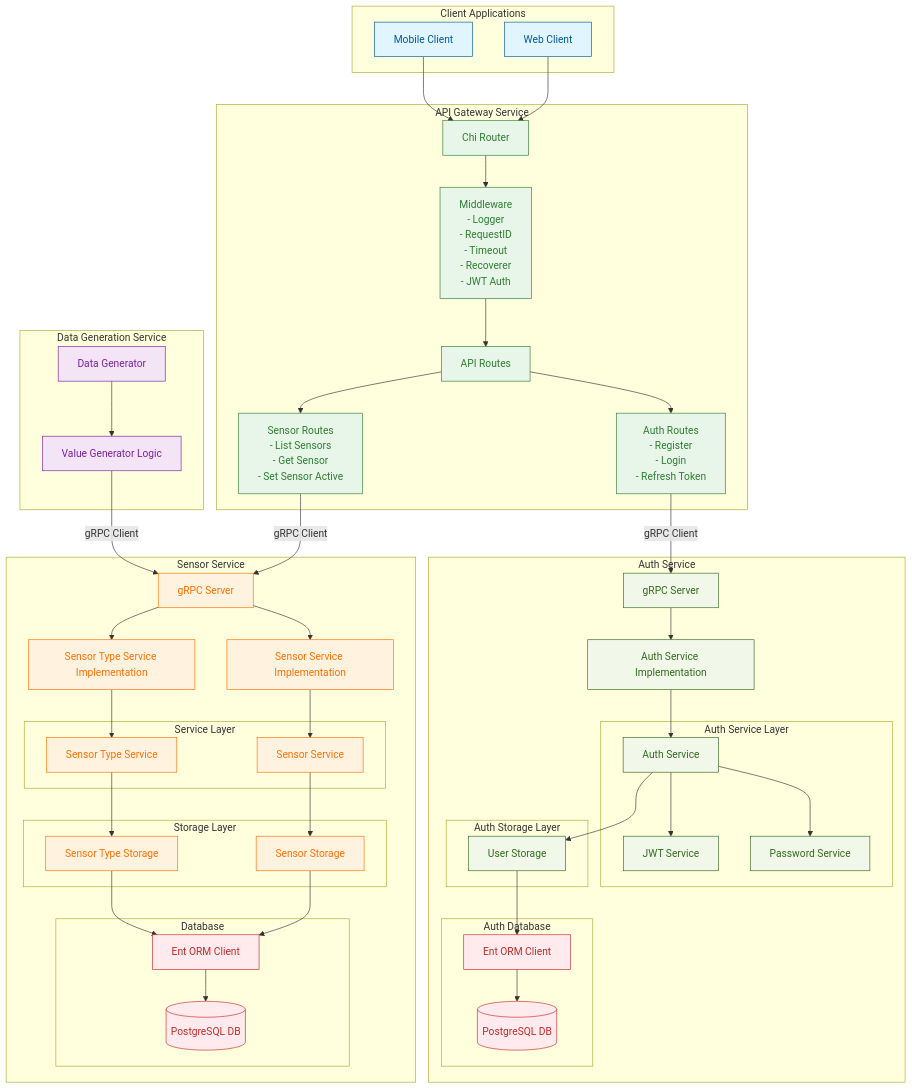
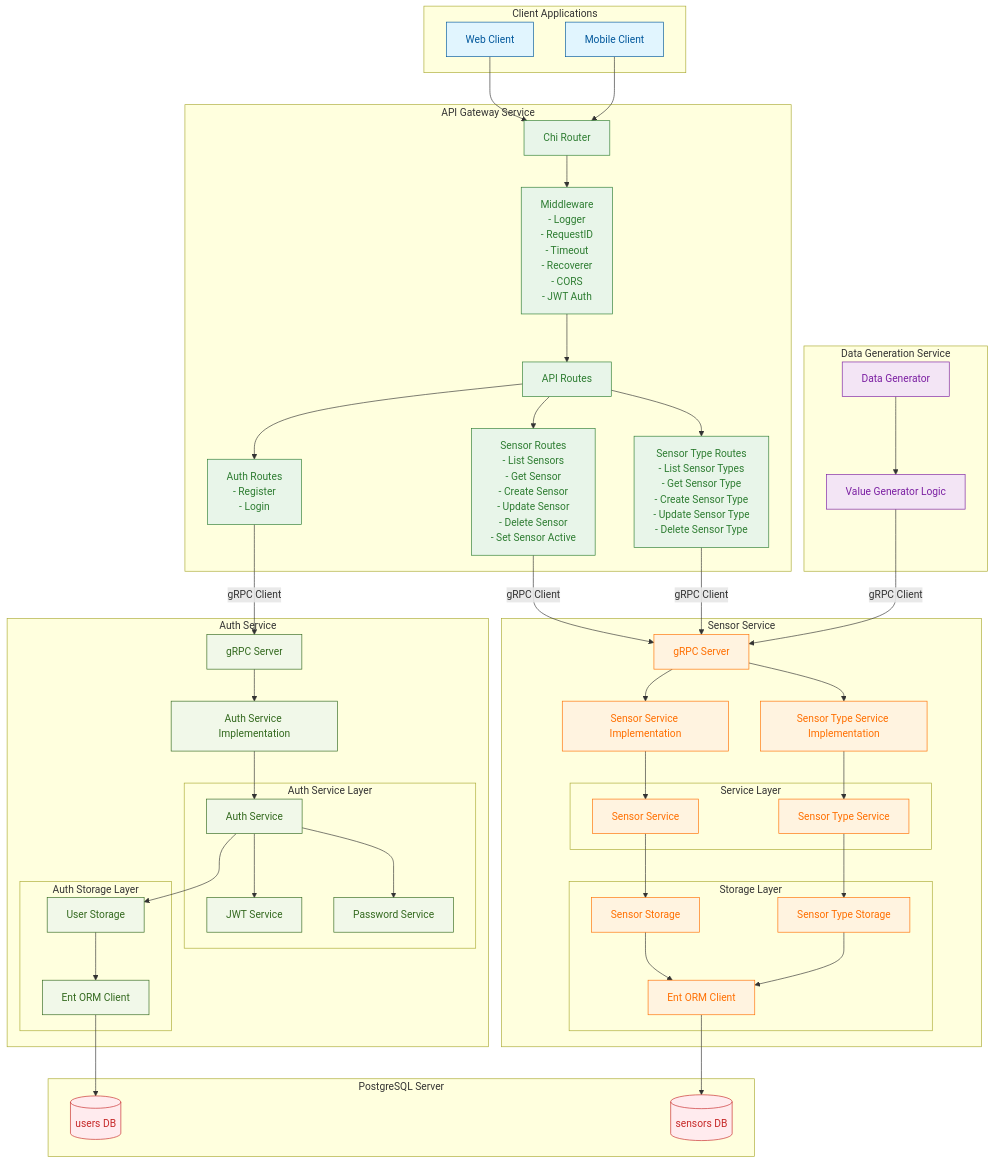
One commit to fkula5/iot-monitor-backend changed the diagram in README.md. Above: the diagram before and after it, drawn with Mermaid. The commit also changed other lines of this file, not shown here.

````diff
--- a/README.md
+++ b/README.md
@@ -26,9 +29,10 @@
     subgraph "API Gateway Service"
         ChiRouter["Chi Router"]
         ApiRoutes["API Routes"]
-        Middleware["Middleware </br>- Logger</br>- RequestID</br>- Timeout</br>- Recoverer</br>- JWT Auth"]
-        SensorRoutes["Sensor Routes</br>- List Sensors</br>- Get Sensor</br>- Set Sensor Active"]
-        AuthRoutes["Auth Routes</br>- Register</br>- Login</br>- Refresh Token"]
+        Middleware["Middleware </br>- Logger</br>- RequestID</br>- Timeout</br>- Recoverer</br>- CORS</br>- JWT Auth"]
+        SensorRoutes["Sensor Routes</br>- List Sensors</br>- Get Sensor</br>- Create Sensor</br>- Update Sensor</br>- Delete Sensor</br>- Set Sensor Active"]
+        SensorTypeRoutes["Sensor Type Routes</br>- List Sensor Types</br>- Get Sensor Type</br>- Create Sensor Type</br>- Update Sensor Type</br>- Delete Sensor Type"]
+        AuthRoutes["Auth Routes</br>- Register</br>- Login"]
     end
 
     %% Auth Service
@@ -44,11 +48,7 @@
 
         subgraph "Auth Storage Layer"
             UserStorage["User Storage"]
-        end
-
-        subgraph "Auth Database"
             AuthEntClient["Ent ORM Client"]
-            AuthPostgresDB[(PostgreSQL DB)]
         end
     end
 
@@ -66,12 +66,14 @@
         subgraph "Storage Layer"
             SensorStorage["Sensor Storage"]
             SensorTypeStorage["Sensor Type Storage"]
+            EntClient["Ent ORM Client"]
         end
+    end
 
-        subgraph "Database"
-            EntClient["Ent ORM Client"]
-            PostgresDB[(PostgreSQL DB)]
-        end
+    %% Database Server
+    subgraph "PostgreSQL Server"
+        AuthPostgresDB[(users DB)]
+        PostgresDB[(sensors DB)]
     end
 
     %% Data Generation Service
@@ -89,11 +91,13 @@
     ChiRouter --> Middleware
     Middleware --> ApiRoutes
     ApiRoutes --> SensorRoutes
+    ApiRoutes --> SensorTypeRoutes
     ApiRoutes --> AuthRoutes
 
     %% API Gateway to Services
     AuthRoutes -- "gRPC Client" --> AuthGrpcServer
     SensorRoutes -- "gRPC Client" --> GrpcServer
+    SensorTypeRoutes -- "gRPC Client" --> GrpcServer
 
     %% Auth Service internal connections
     AuthGrpcServer --> AuthServiceImpl
@@ -129,9 +133,9 @@
 
     %% Apply styles
     class WebClient,MobileClient client
-    class ChiRouter,ApiRoutes,Middleware,SensorRoutes,AuthRoutes apiGateway
-    class AuthGrpcServer,AuthServiceImpl,AuthService,JWTService,PasswordService,UserStorage authService
-    class GrpcServer,SensorServiceImpl,SensorTypeServiceImpl,SensorService,SensorTypeService,SensorStorage,SensorTypeStorage sensorService
+    class ChiRouter,ApiRoutes,Middleware,SensorRoutes,SensorTypeRoutes,AuthRoutes apiGateway
+    class AuthGrpcServer,AuthServiceImpl,AuthService,JWTService,PasswordService,UserStorage,AuthEntClient authService
+    class GrpcServer,SensorServiceImpl,SensorTypeServiceImpl,SensorService,SensorTypeService,SensorStorage,SensorTypeStorage,EntClient sensorService
     class Generator,ValueGenerator dataGeneration
-    class EntClient,PostgresDB,AuthEntClient,AuthPostgresDB database
+    class AuthPostgresDB,PostgresDB database
 ```
````
